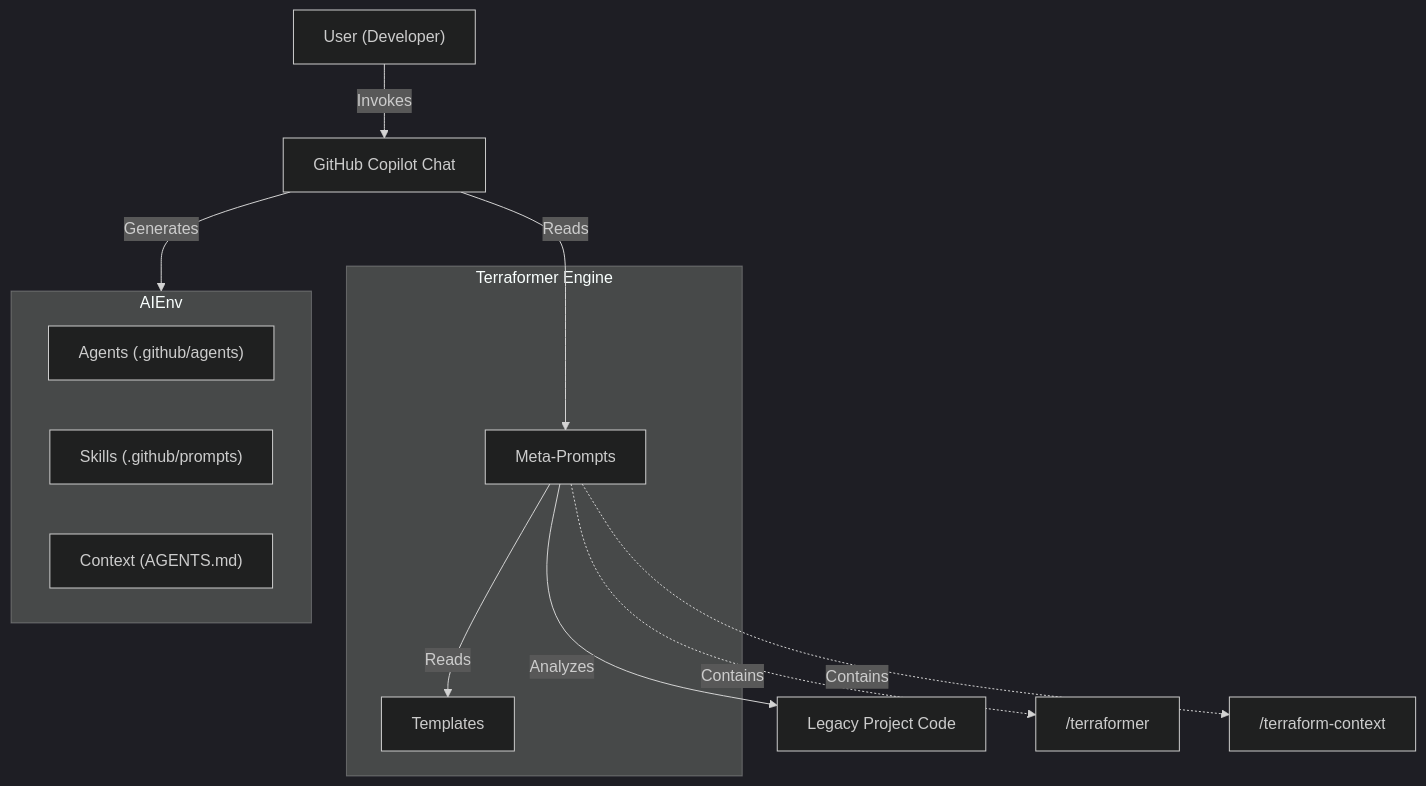
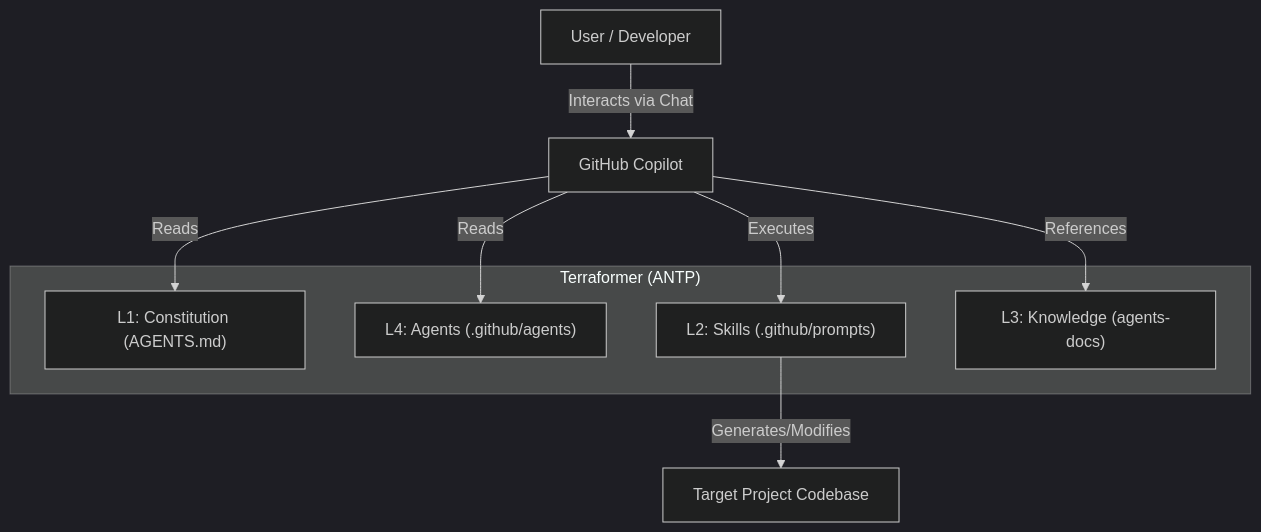
The diagram in agents-docs/architecture.md (LongbowXXX/terraformer), drawn with Mermaid (dark theme) before and after one commit. The commit also changed other lines of this file and 7 other files, not shown here.

Commit message:
docs: add initial documentation for AI agents covering architecture, key flows, and technical specifications

````diff
--- a/agents-docs/architecture.md
+++ b/agents-docs/architecture.md
@@ -38,24 +34,17 @@
 ```mermaid
 graph TD
-    User["User (Developer)"] -->|Invokes| Copilot["GitHub Copilot Chat"]
+    User[User / Developer] -->|Interacts via Chat| Copilot[GitHub Copilot]
+    Copilot -->|Reads| L1["L1: Constitution (AGENTS.md)"]
+    Copilot -->|Reads| L4["L4: Agents (.github/agents)"]
+    Copilot -->|Executes| L2["L2: Skills (.github/prompts)"]
+    Copilot -->|References| L3["L3: Knowledge (agents-docs)"]
 
-    subgraph Terraformer Engine
-        MetaPrompts[Meta-Prompts]
-        Templates[Templates]
+    subgraph "Terraformer (ANTP)"
+        L1
+        L4
+        L2
+        L3
     end
 
-    Copilot -->|Reads| MetaPrompts
-    MetaPrompts -->|Reads| Templates
-    MetaPrompts -->|Analyzes| LegacyCode["Legacy Project Code"]
-
-    Copilot -->|Generates| AIEnv["AI-Native Environment"]
-
-    subgraph AIEnv
-        Agents["Agents (.github/agents)"]
-        Skills["Skills (.github/prompts)"]
-        Context["Context (AGENTS.md)"]
-    end
-
-    MetaPrompts -.->|Contains| TerraformPrompt["/terraformer"]
-    MetaPrompts -.->|Contains| ContextPrompt["/terraform-context"]
+    L2 -->|Generates/Modifies| Codebase[Target Project Codebase]
 ```
````
